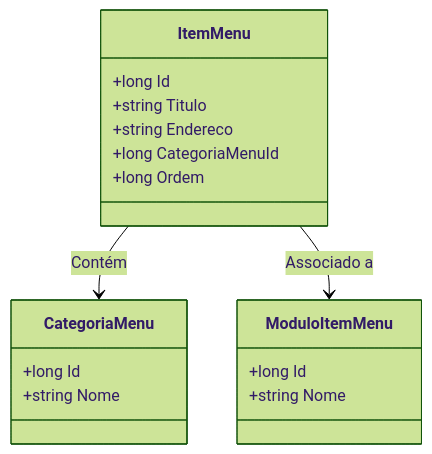
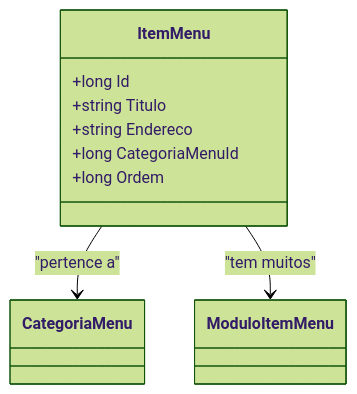
One commit to IsthmusSistemas/documentacao-tecnica changed the diagram in docs/b2b-dominio/IsthmusWinthor.Nucleo/IsthmusWinthor.Dominio/Entidades/ItemMenu.md. Above: the diagram before and after it, drawn with Mermaid (forest theme). The commit also changed other lines of this file and 882 other files, not shown here.

````diff
--- a/docs/b2b-dominio/IsthmusWinthor.Nucleo/IsthmusWinthor.Dominio/Entidades/ItemMenu.md
+++ b/docs/b2b-dominio/IsthmusWinthor.Nucleo/IsthmusWinthor.Dominio/Entidades/ItemMenu.md
@@ -30,23 +33,16 @@
 ```mermaid
 classDiagram
     class ItemMenu {
         +long Id
         +string Titulo
         +string Endereco
         +long CategoriaMenuId
         +long Ordem
     }
-    
-    class CategoriaMenu {
-        +long Id
-        +string Nome
-    }
 
-    class ModuloItemMenu {
-        +long Id
-        +string Nome
-    }
+    class CategoriaMenu
+    class ModuloItemMenu
 
-    ItemMenu --> CategoriaMenu : Contém
-    ItemMenu --> ModuloItemMenu : Associado a
+    ItemMenu --> CategoriaMenu : "pertence a"
+    ItemMenu --> ModuloItemMenu : "tem muitos"
 ```
````
